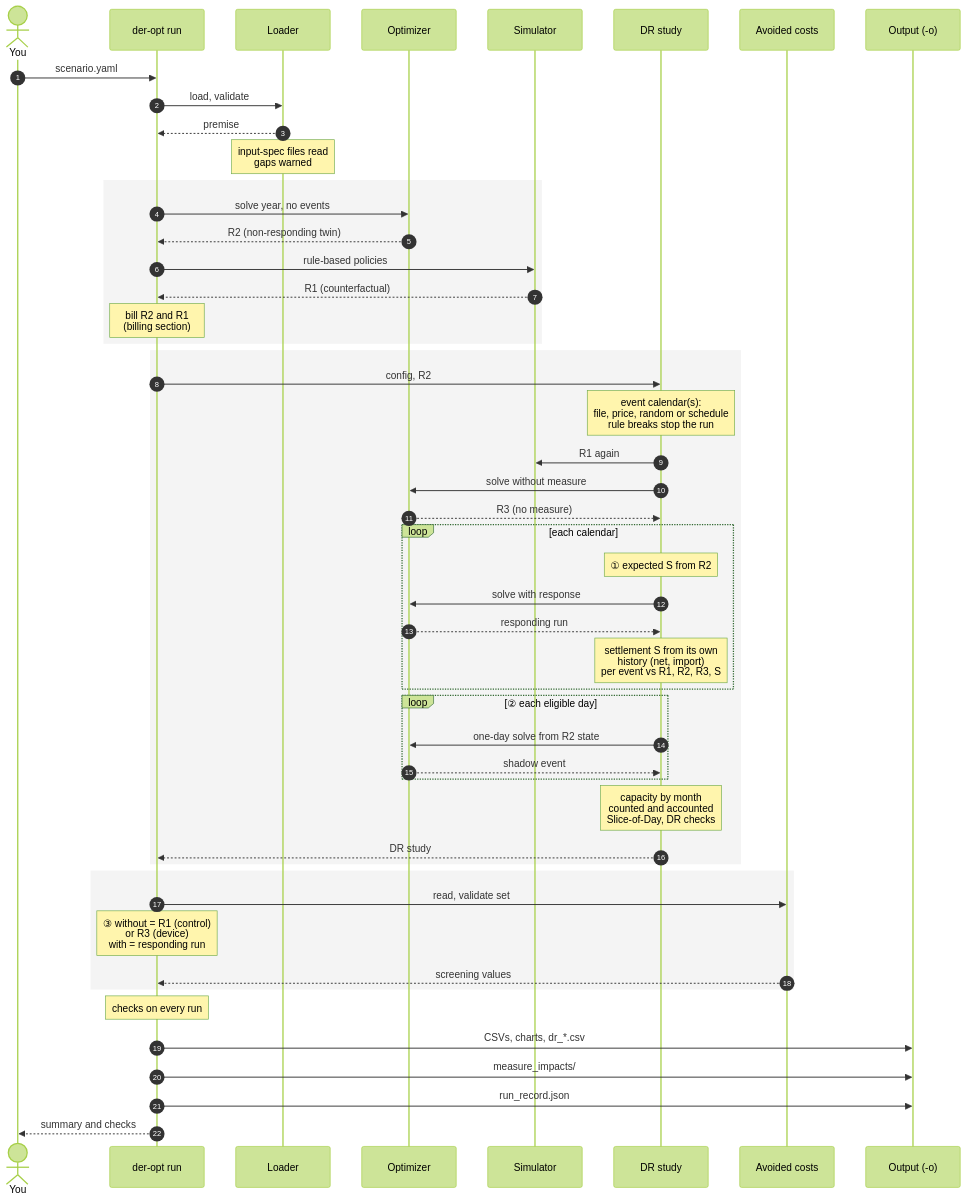
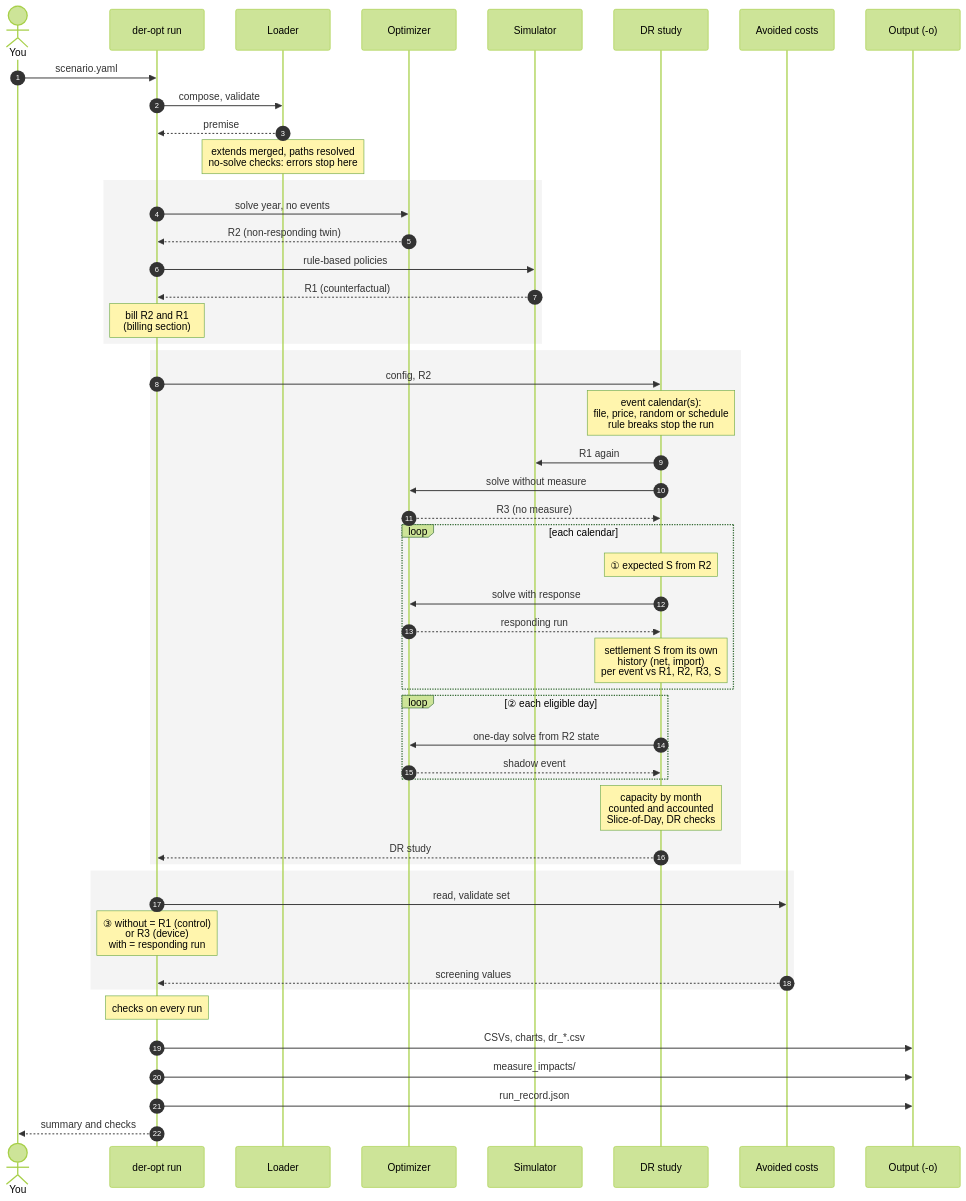
The first of 2 diagrams in docs/ARCHITECTURE.md (seanfearley-dot/der_opt), drawn with Mermaid (forest theme) before and after one commit. The commit also changed other lines of this file and 23 other files, not shown here.

First line of the commit message:
Add scenario building blocks: extends, file-relative paths, der-opt validate and new

````diff
--- a/docs/ARCHITECTURE.md
+++ b/docs/ARCHITECTURE.md
@@ -27,57 +27,57 @@
 ```mermaid
 sequenceDiagram
     autonumber
     actor U as You
     participant CLI as der-opt run
     participant L as Loader
     participant O as Optimizer
     participant S as Simulator
     participant DR as DR study
     participant AC as Avoided costs
     participant F as Output (-o)
 
     U->>CLI: scenario.yaml
-    CLI->>L: load, validate
+    CLI->>L: compose, validate
     L-->>CLI: premise
-    Note over L: input-spec files read<br/>gaps warned
+    Note over L: extends merged, paths resolved<br/>no-solve checks: errors stop here
 
     rect rgba(120, 120, 120, 0.08)
     CLI->>O: solve year, no events
     O-->>CLI: R2 (non-responding twin)
     CLI->>S: rule-based policies
     S-->>CLI: R1 (counterfactual)
     Note over CLI: bill R2 and R1<br/>(billing section)
     end
 
     rect rgba(120, 120, 120, 0.08)
     CLI->>DR: config, R2
     Note over DR: event calendar(s):<br/>file, price, random or schedule<br/>rule breaks stop the run
     DR->>S: R1 again
     DR->>O: solve without measure
     O-->>DR: R3 (no measure)
     loop each calendar
         Note over DR: ① expected S from R2
         DR->>O: solve with response
         O-->>DR: responding run
         Note over DR: settlement S from its own<br/>history (net, import)<br/>per event vs R1, R2, R3, S
     end
     loop ② each eligible day
         DR->>O: one-day solve from R2 state
         O-->>DR: shadow event
     end
     Note over DR: capacity by month<br/>counted and accounted<br/>Slice-of-Day, DR checks
     DR-->>CLI: DR study
     end
 
     rect rgba(120, 120, 120, 0.08)
     CLI->>AC: read, validate set
     Note over CLI: ③ without = R1 (control)<br/>or R3 (device)<br/>with = responding run
     AC-->>CLI: screening values
     end
 
     Note over CLI: checks on every run
     CLI->>F: CSVs, charts, dr_*.csv
     CLI->>F: measure_impacts/
     CLI->>F: run_record.json
     CLI-->>U: summary and checks
 ```
````
